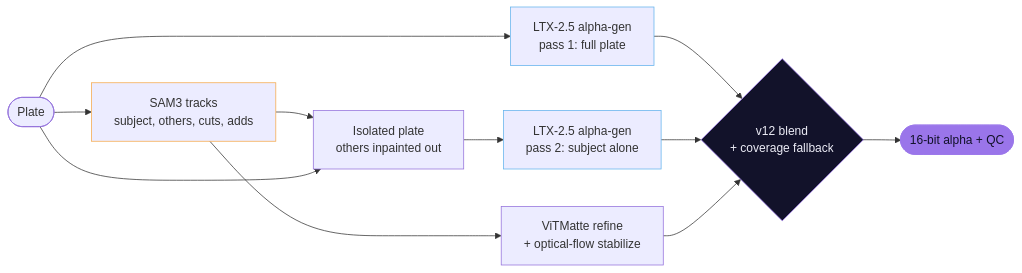
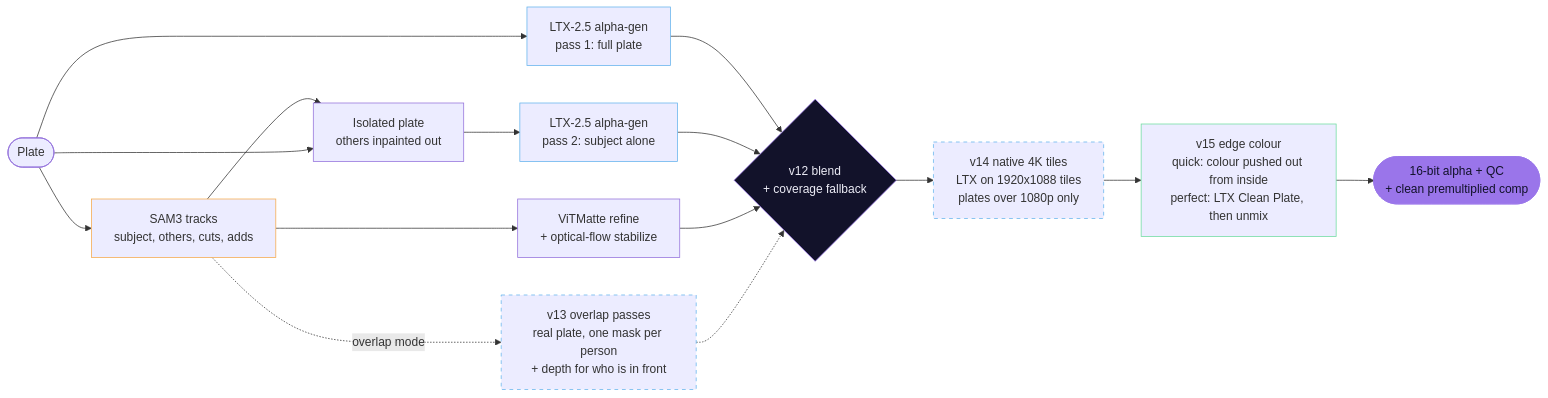
The diagram in README.md (rik-python/ComfyUI-Comfy-Pro-Alpha-Generator), drawn with Mermaid before and after one commit. The commit also changed other lines of this file, not shown here.

Commit message:
README: How it works diagram covers v13, v14 and v15
Overlap passes and native 4K tiles as optional (dashed) stages, edge
colour as the last stage, and the clean premultiplied comp as an output.
A short paragraph explains the v15 stage next to the v13 and v14 ones.

````diff
--- a/README.md
+++ b/README.md
@@ -183,18 +183,25 @@
 ```mermaid
 flowchart LR
     P([Plate]) --> S["SAM3 tracks<br/>subject, others, cuts, adds"]
     S --> R["ViTMatte refine<br/>+ optical-flow stabilize"]
     P --> L1["LTX-2.5 alpha-gen<br/>pass 1: full plate"]
     S --> I["Isolated plate<br/>others inpainted out"]
     P --> I
     I --> L2["LTX-2.5 alpha-gen<br/>pass 2: subject alone"]
+    S -.->|overlap mode| O["v13 overlap passes<br/>real plate, one mask per person<br/>+ depth for who is in front"]
     L1 --> B{"v12 blend<br/>+ coverage fallback"}
     L2 --> B
     R --> B
-    B --> A([16-bit alpha + QC])
+    O -.-> B
+    B --> N["v14 native 4K tiles<br/>LTX on 1920x1088 tiles<br/>plates over 1080p only"]
+    N --> E["v15 edge colour<br/>quick: colour pushed out from inside<br/>perfect: LTX Clean Plate, then unmix"]
+    E --> A([16-bit alpha + QC<br/>+ clean premultiplied comp])
     style B fill:#12122a,stroke:#9a75ea,color:#ececf6
     style L1 stroke:#63b3ed
     style L2 stroke:#63b3ed
     style S stroke:#f6a94a
+    style O stroke:#63b3ed,stroke-dasharray: 5 5
+    style N stroke:#63b3ed,stroke-dasharray: 5 5
+    style E stroke:#6edca0
     style A fill:#9a75ea,stroke:#9a75ea,color:#12122a
 ```
````
